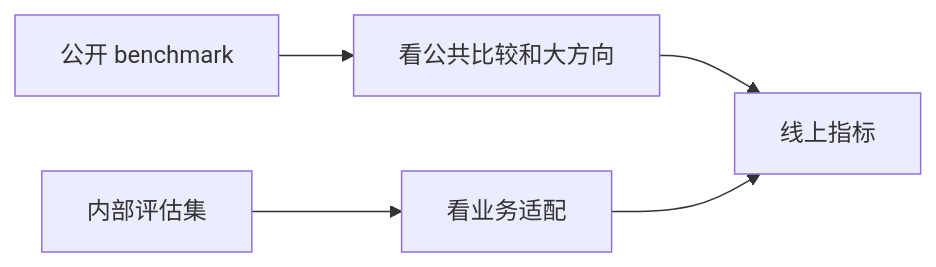
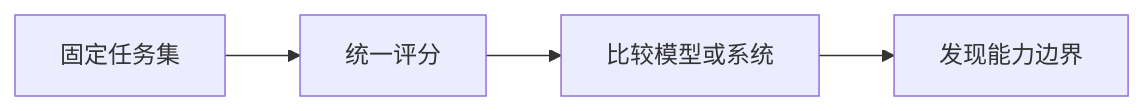
The diagram in docs/stage9/ch08-eval-safety/02-benchmarks.md (oudbiao/AI-fullstack-course), drawn with Mermaid before and after one commit. The commit also changed other lines of this file and 84 other files, not shown here.

Commit message:
docs: improve course learning flow

````diff
--- a/docs/stage9/ch08-eval-safety/02-benchmarks.md
+++ b/docs/stage9/ch08-eval-safety/02-benchmarks.md
@@ -38,7 +27,6 @@
 ```mermaid
 flowchart LR
-    A["公开 benchmark"] --> B["看公共比较和大方向"]
-    C["内部评估集"] --> D["看业务适配"]
-    B --> E["线上指标"]
-    D --> E
+  A[固定任务集] --> B[统一评分]
+  B --> C[比较模型或系统]
+  C --> D[发现能力边界]
 ```
````
